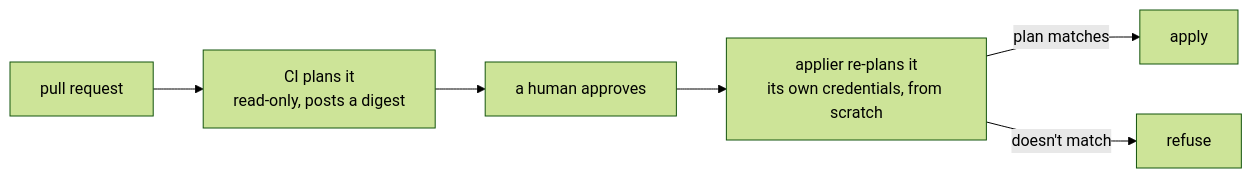
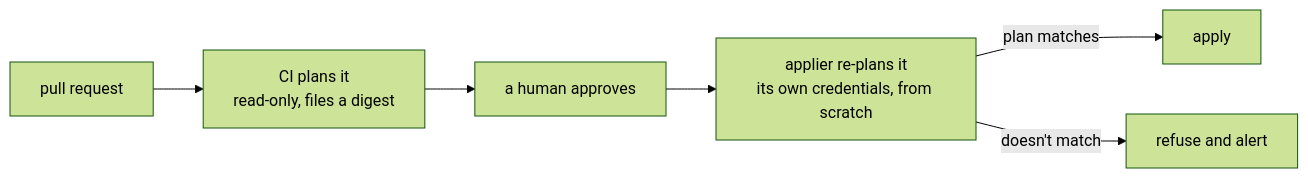
One commit to beeradb/truss changed the diagram in README.md. Above: the diagram before and after it, drawn with Mermaid (forest theme). The commit also changed other lines of this file and 3 other files, not shown here.

````diff
--- a/README.md
+++ b/README.md
@@ -49,8 +22,8 @@
 ```mermaid
 flowchart LR
-    A[pull request] --> B["CI plans it<br/>read-only, posts a digest"]
+    A[pull request] --> B["CI plans it<br/>read-only, files a digest"]
     B --> C[a human approves]
     C --> D["applier re-plans it<br/>its own credentials, from scratch"]
     D -->|plan matches| E[apply]
-    D -->|doesn't match| F[refuse]
+    D -->|doesn't match| F[refuse and alert]
 ```
````
